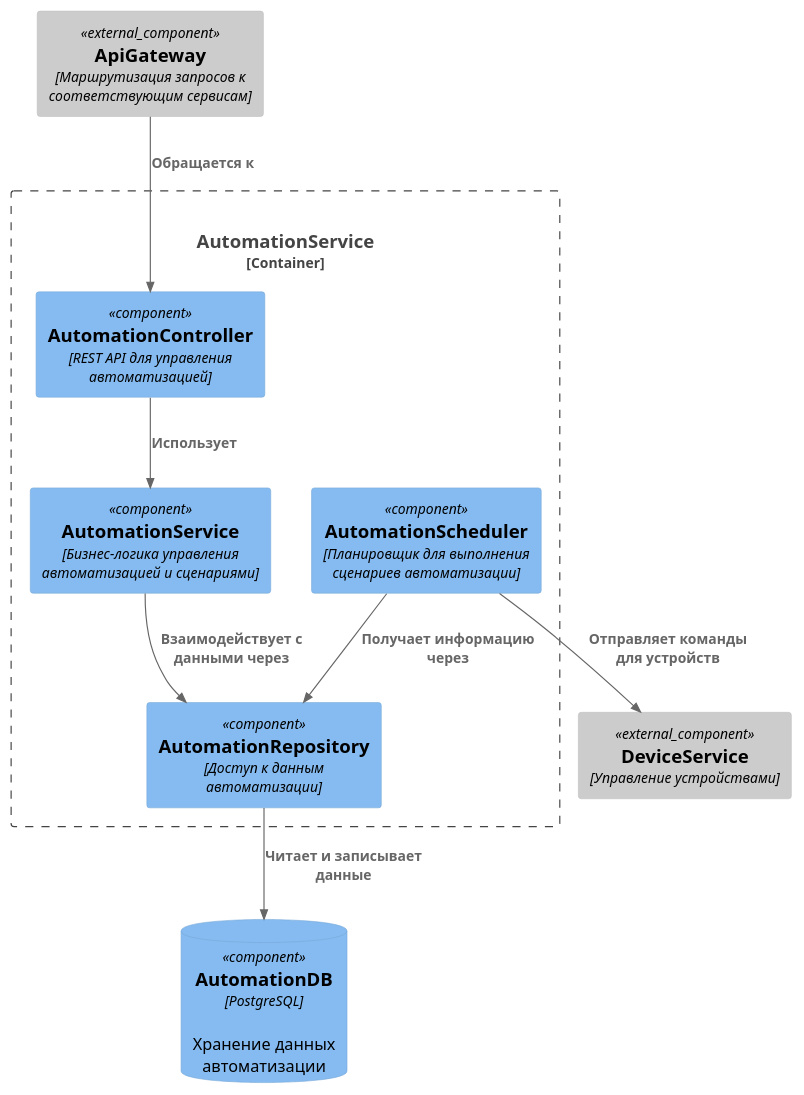
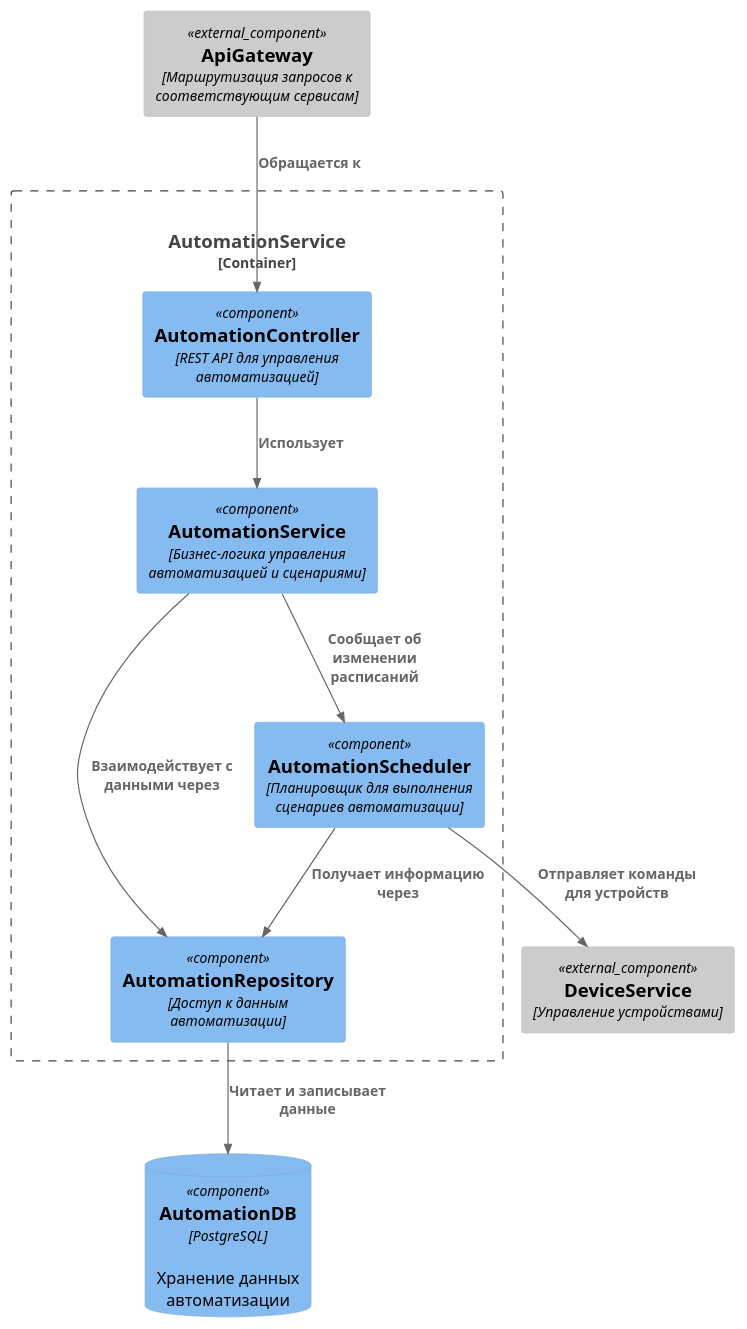
Before and after one commit to vsevolod-nikitin/yandex-practicum-architecture-pro-warmhouse: the diagram in schemas/to-be/AutomationService.puml, drawn with PlantUML. The commit also changed 1 other file, not shown here.

Commit message:
Изменение диаграммы AutomationService

```diff
--- a/schemas/to-be/AutomationService.puml
+++ b/schemas/to-be/AutomationService.puml
@@ -1,27 +1,28 @@
 @startuml AutomationService
 !include https://raw.githubusercontent.com/plantuml-stdlib/C4-PlantUML/master/C4_Component.puml
 
 Component_Ext(gateway, "ApiGateway", "Маршрутизация запросов к соответствующим сервисам")
 Component_Ext(deviceService, "DeviceService", "Управление устройствами")
 ComponentDb(automationDb, "AutomationDB", "PostgreSQL", "Хранение данных автоматизации")
 
 Container_Boundary(automationService, "AutomationService", "Управление автоматизацией и сценариями") {
     Component(automationController, "AutomationController", "REST API для управления автоматизацией")
 
     Component(automationServiceImpl, "AutomationService", "Бизнес-логика управления автоматизацией и сценариями")
     Component(automationScheduler, "AutomationScheduler", "Планировщик для выполнения сценариев автоматизации")
 
     Component(automationRepository, "AutomationRepository", "Доступ к данным автоматизации")
 
     Rel(automationController, automationServiceImpl, "Использует")
 
     Rel(automationServiceImpl, automationRepository, "Взаимодействует с данными через")
     Rel(automationScheduler, automationRepository, "Получает информацию через")
+    Rel(automationServiceImpl, automationScheduler, "Сообщает об изменении расписаний")
 
     Rel(automationRepository, automationDb, "Читает и записывает данные")
 }
 
 Rel(gateway, automationController, "Обращается к")
 Rel(automationScheduler, deviceService, "Отправляет команды для устройств")
 
 @enduml
```
